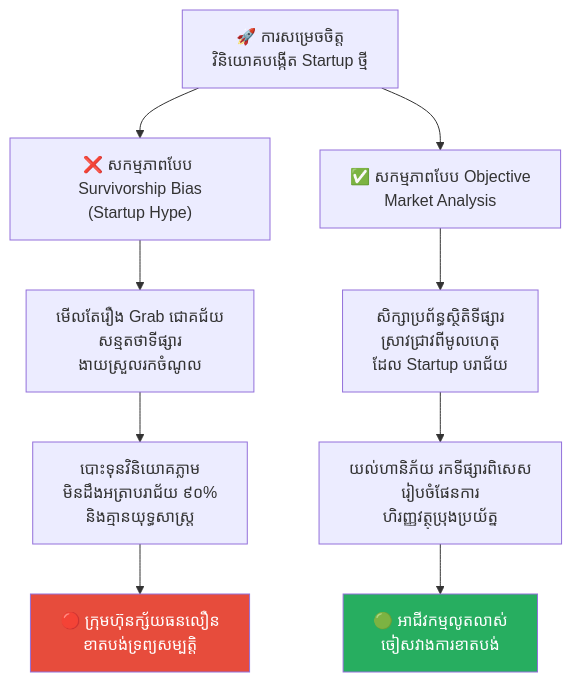
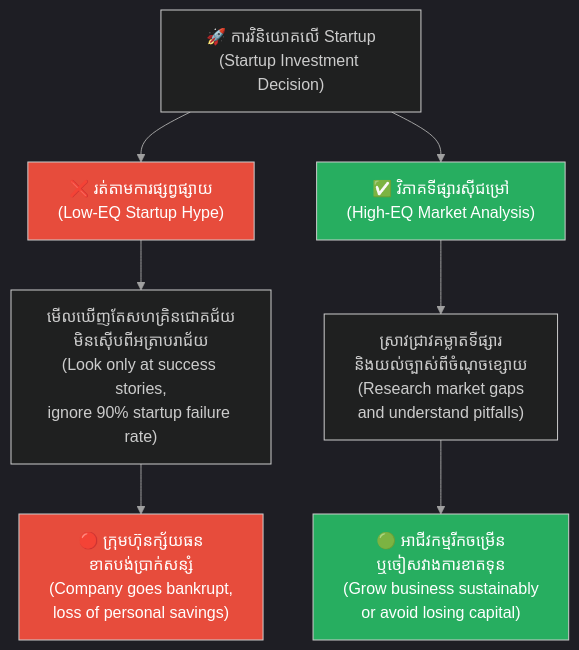
Before and after one commit to GuideStack/iblogger-feeds: the third of 5 diagrams in feeds/concepts/articles/06-survivorship-bias.md, drawn with Mermaid. The commit also changed other lines of this file, not shown here.

Commit message:
docs: upgrade 06-survivorship-bias.md to bilingual layout and styled diagrams

````diff
--- a/feeds/concepts/articles/06-survivorship-bias.md
+++ b/feeds/concepts/articles/06-survivorship-bias.md
@@ -119,16 +193,25 @@
 ```mermaid
+%%{init: {
+  'theme': 'dark',
+  'themeVariables': {
+    'background': '#1e1e1e',
+    'primaryTextColor': '#ffffff',
+    'lineColor': '#a0a0a0'
+  },
+  'themeCSS': 'svg { background-color: #1e1e1e !important; padding: 1rem !important; border-radius: 8px !important; } .edgeLabel rect { fill: #1e1e1e !important; } text, tspan { fill: #ffffff !important; }'
+}}%%
 graph TD
-    A["🚀 ការសម្រេចចិត្ត<br/>វិនិយោគបង្កើត Startup ថ្មី"] --> B1["❌ សកម្មភាពបែប Survivorship Bias<br/>(Startup Hype)"]
-    A --> B2["✅ សកម្មភាពបែប Objective<br/>Market Analysis"]
-    
-    B1 --> C1["មើលតែរឿង Grab ជោគជ័យ<br/>សន្មតថាទីផ្សារ<br/>ងាយស្រួលរកចំណូល"]
-    C1 --> D1["បោះទុនវិនិយោគភ្លាម<br/>មិនដឹងអត្រាបរាជ័យ ៩០%<br/>និងគ្មានយុទ្ធសាស្ត្រ"]
-    D1 --> E1["🔴 ក្រុមហ៊ុនក្ស័យធនលឿន<br/>ខាតបង់ទ្រព្យសម្បត្តិ"]
-    
-    B2 --> C2["សិក្សាប្រព័ន្ធស្ថិតិទីផ្សារ<br/>ស្រាវជ្រាវពីមូលហេតុ<br/>ដែល Startup បរាជ័យ"]
-    C2 --> D2["យល់ហានិភ័យ រកទីផ្សារពិសេស<br/>រៀបចំផែនការ<br/>ហិរញ្ញវត្ថុប្រុងប្រយ័ត្ន"]
-    D2 --> E2["🟢 អាជីវកម្មលូតលាស់<br/>ចៀសវាងការខាតបង់"]
+    A["🚀 ការវិនិយោគលើ Startup<br/>(Startup Investment Decision)"] --> B1["❌ រត់តាមការផ្សព្វផ្សាយ<br/>(Low-EQ Startup Hype)"]
+    A --> B2["✅ វិភាគទីផ្សារស៊ីជម្រៅ<br/>(High-EQ Market Analysis)"]
 
-    style E1 fill:#e74c3c,color:#fff
-    style E2 fill:#27ae60,color:#fff
+    B1 --> C1["មើលឃើញតែសហគ្រិនជោគជ័យ<br/>មិនស៊ើបពីអត្រាបរាជ័យ<br/>(Look only at success stories,<br/>ignore 90% startup failure rate)"]
+    C1 --> D1["🔴 ក្រុមហ៊ុនក្ស័យធន<br/>ខាតបង់ប្រាក់សន្សំ<br/>(Company goes bankrupt,<br/>loss of personal savings)"]
+
+    B2 --> C2["ស្រាវជ្រាវគម្លាតទីផ្សារ<br/>និងយល់ច្បាស់ពីចំណុចខ្សោយ<br/>(Research market gaps<br/>and understand pitfalls)"]
+    C2 --> D2["🟢 អាជីវកម្មរីកចម្រើន<br/>ឬចៀសវាងការខាតទុន<br/>(Grow business sustainably<br/>or avoid losing capital)"]
+
+    style B1 fill:#e74c3c,color:#fff
+    style B2 fill:#27ae60,color:#fff
+    style D1 fill:#e74c3c,color:#fff
+    style D2 fill:#27ae60,color:#fff
 ```
````
